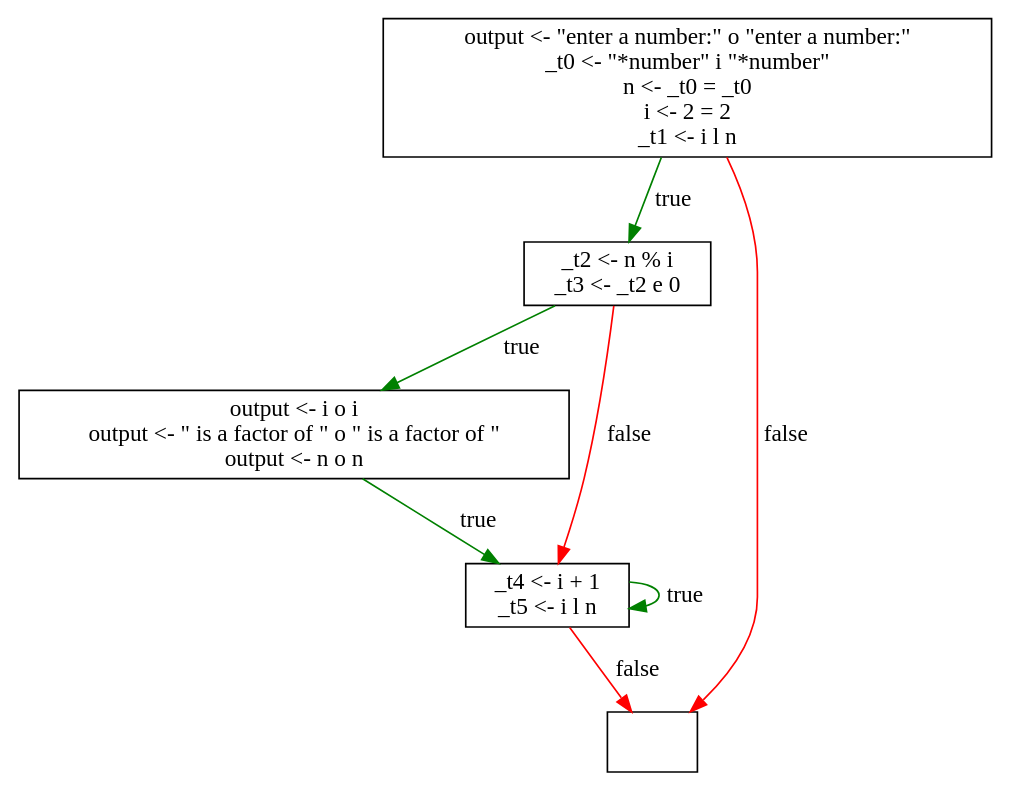
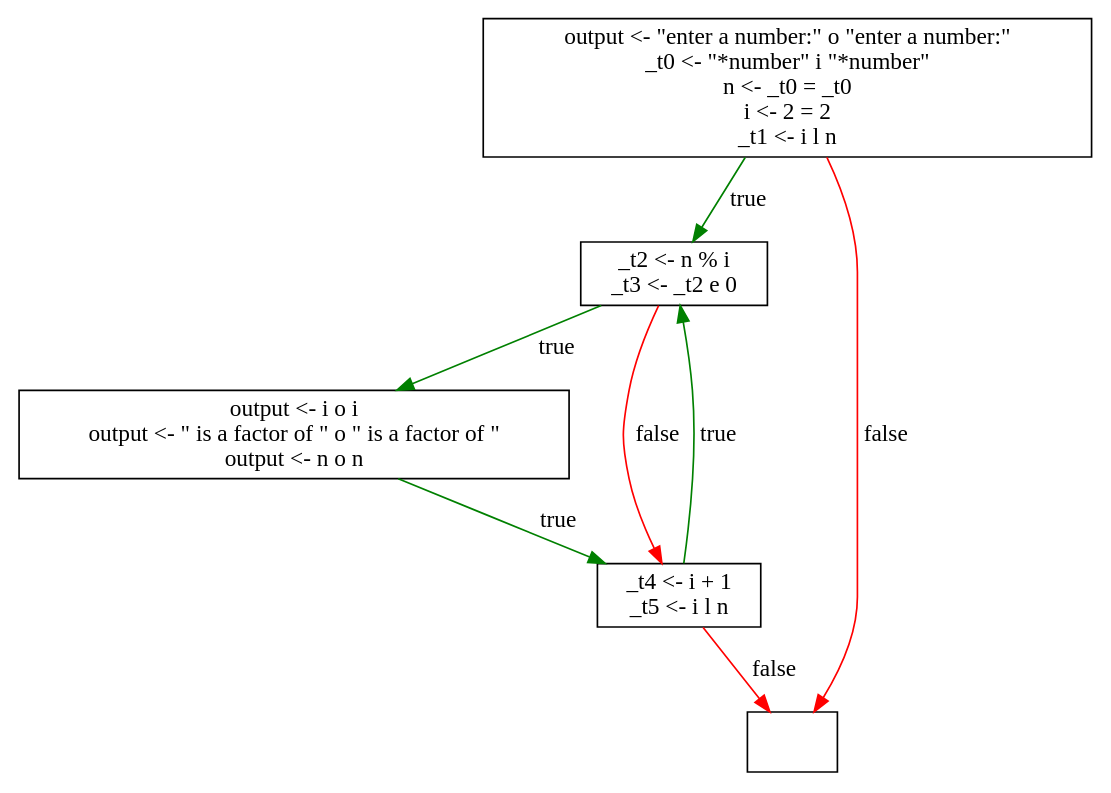
One commit to Keifa/Compiler changed the diagram in Task4/cfg.dot. Above: the diagram before and after it, drawn with Graphviz. The commit also changed 5 other files, not shown here.

```diff
--- a/Task4/cfg.dot
+++ b/Task4/cfg.dot
@@ -1,17 +1,17 @@
 digraph structs {
 blk0 [label="output \<\- \"enter a number:\" o \"enter a number:\"\n_t0 \<\- \"*number\" i \"*number\"\nn \<\- _t0 = _t0\ni \<\- 2 = 2\n_t1 \<\- i l n\n",shape="rect"];
 blk2 [label="_t2 \<\- n % i\n_t3 \<\- _t2 e 0\n",shape="rect"];
 blk4 [label="output \<\- i o i\noutput \<\- \" is a factor of \" o \" is a factor of \"\noutput \<\- n o n\n",shape="rect"];
 blk3 [label="_t4 \<\- i + 1\n_t5 \<\- i l n\n",shape="rect"];
-blk1 [label="",shape="rect"];
+blk2 [label="_t2 \<\- n % i\n_t3 \<\- _t2 e 0\n",shape="rect"];
 blk3 [label="_t4 \<\- i + 1\n_t5 \<\- i l n\n",shape="rect"];
 blk1 [label="",shape="rect"];
 blk1 [label="",shape="rect"];
 blk0 -> blk2 [label="true",color="green"];
 blk2 -> blk4 [label="true",color="green"];
 blk4 -> blk3 [label="true",color="green"];
-blk3 -> blk3 [label="true",color="green"];
+blk3 -> blk2 [label="true",color="green"];
+blk2 -> blk3 [label="false",color="red"];
 blk3 -> blk1 [label="false",color="red"];
-blk2 -> blk3 [label="false",color="red"];
 blk0 -> blk1 [label="false",color="red"];
 }
```
